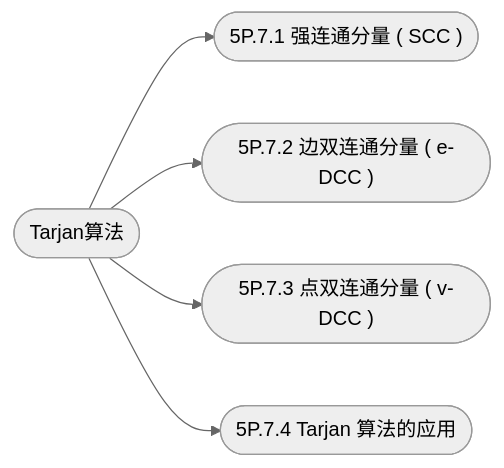
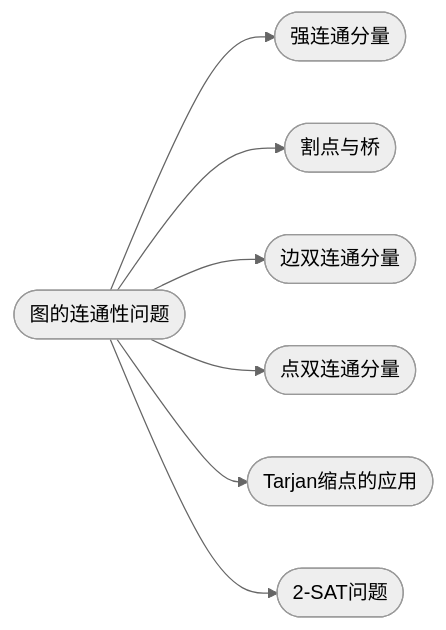
One commit to cuberxl/Coders-Note changed the diagram in 5P-图论进阶/5P.3-图的连通性问题/index.md. Above: the diagram before and after it, drawn with Mermaid (neutral theme). The commit also changed other lines of this file and 12 other files, not shown here.

````diff
--- a/5P-图论进阶/5P.3-图的连通性问题/index.md
+++ b/5P-图论进阶/5P.3-图的连通性问题/index.md
@@ -27,8 +30,10 @@
 ```mermaid
 flowchart LR
-    R(["Tarjan算法"])
-    R --> N1(["5P.7.1 强连通分量 ( SCC )"])
-    R --> N2(["5P.7.2 边双连通分量 ( e-DCC )"])
-    R --> N3(["5P.7.3 点双连通分量 ( v-DCC )"])
-    R --> N4(["5P.7.4 Tarjan 算法的应用"])
+    R(["图的连通性问题"])
+    R --> N1(["强连通分量"])
+    R --> N2(["割点与桥"])
+    R --> N3(["边双连通分量"])
+    R --> N4(["点双连通分量"])
+    R --> N5(["Tarjan缩点的应用"])
+    R --> N6(["2-SAT问题"])
 ```
````
